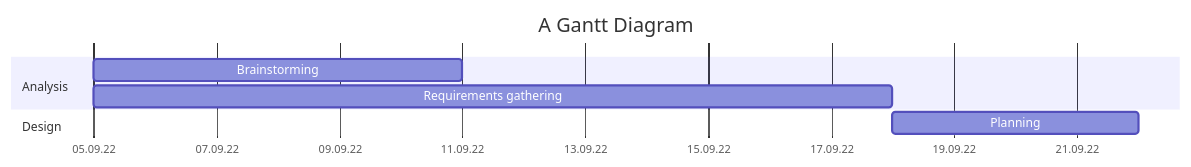
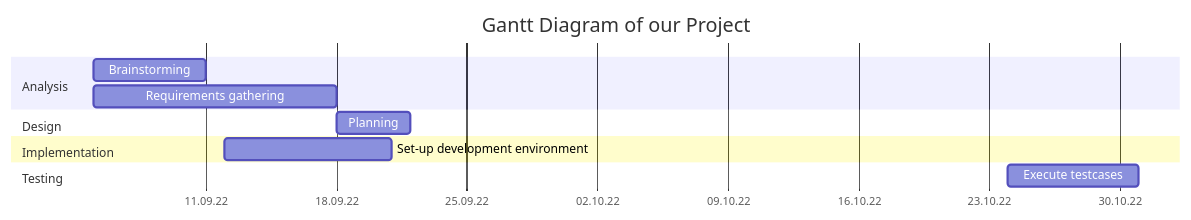
One commit to Timofey-Makhankov/Tic-Tac-Toe-Website changed the diagram in README.md. Above: the diagram before and after it, drawn with Mermaid. The commit also changed other lines of this file and 5 other files, not shown here.

````diff
--- a/README.md
+++ b/README.md
@@ -66,11 +66,15 @@
 ```mermaid
 gantt
-    title A Gantt Diagram
+    title Gantt Diagram of our Project
     dateFormat  DD.MM
     axisFormat  %d.%m.%y
     section Analysis
     Brainstorming:05.09,6d
     Requirements gathering:05.09, 13d
     section Design
     Planning:18.09,4d
+    section Implementation
+    Set-up development environment:12.09, 9d
+    section Testing
+    Execute testcases: 24.10, 7d 
 ```
````
